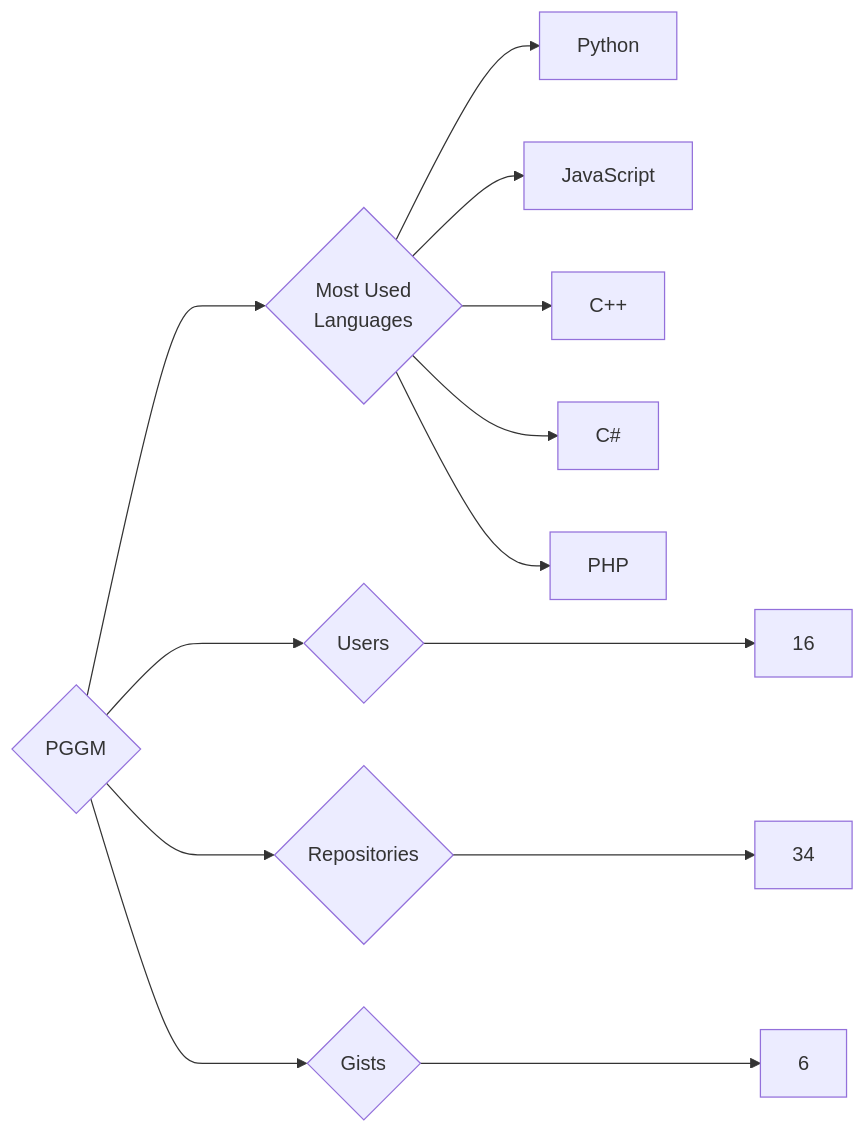
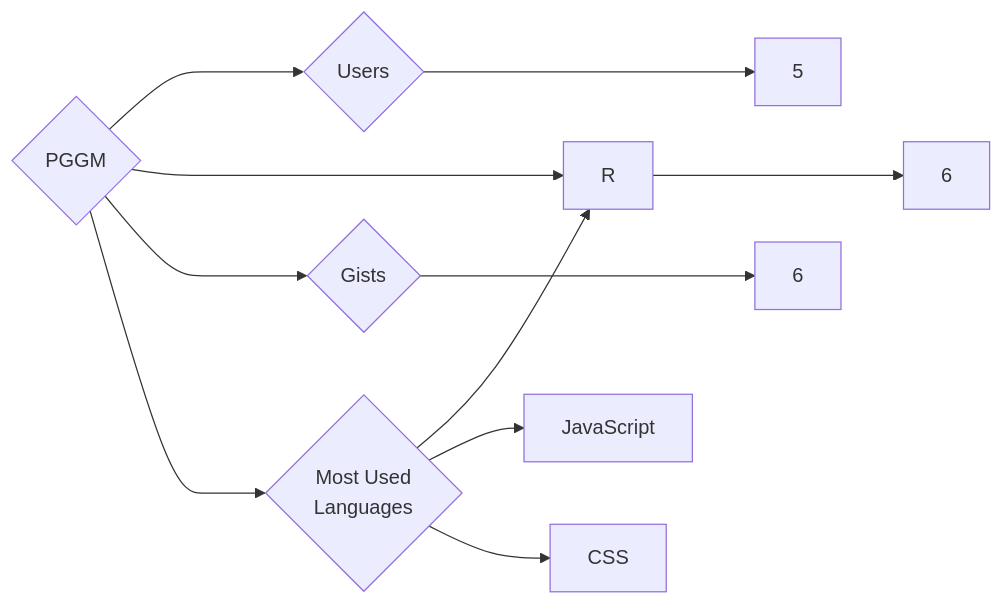
One commit to trickest/insiders changed the diagram in targets/PGGM/README.md. Above: the diagram before and after it, drawn with Mermaid. The commit also changed 787 other files, not shown here.

````diff
--- a/targets/PGGM/README.md
+++ b/targets/PGGM/README.md
@@ -3,13 +3,11 @@
 ```mermaid
 graph LR
 COMPANY_NAME{PGGM}
-COMPANY_NAME ---> U{Users} ---> UN[16]
-COMPANY_NAME ---> R{Repositories} ---> RN[34]
+COMPANY_NAME ---> U{Users} ---> UN[5]
+COMPANY_NAME ---> R{Repositories} ---> RN[6]
 COMPANY_NAME ---> G{Gists} ---> GN[6]
 COMPANY_NAME ---> ML{Most Used<br>Languages}
-ML --> Python[Python]
+ML --> R[R]
 ML --> JavaScript[JavaScript]
-ML --> C++[C++]
-ML --> C#[C#]
-ML --> PHP[PHP]
+ML --> CSS[CSS]
 ```
````
